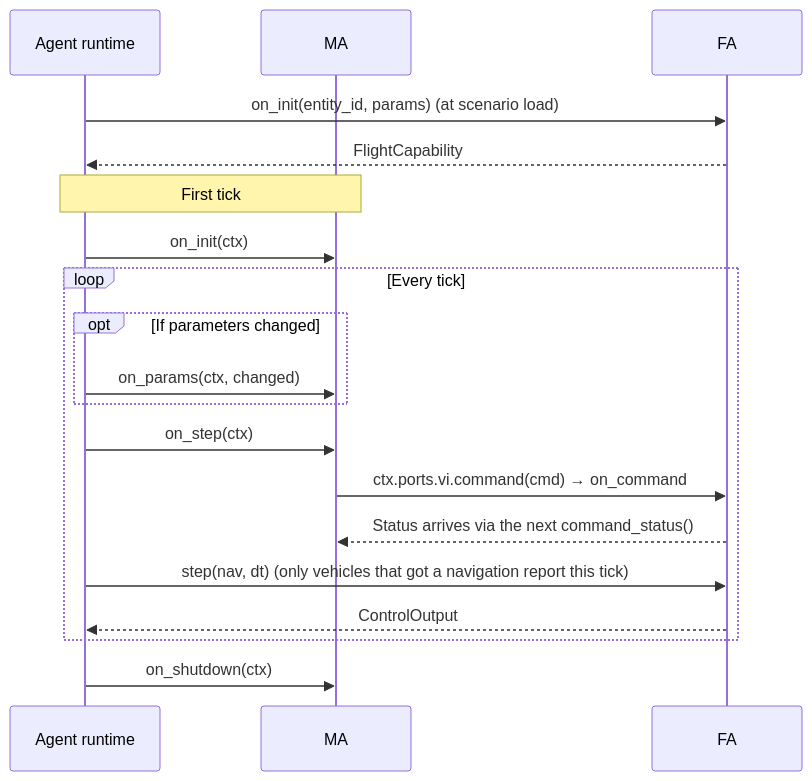
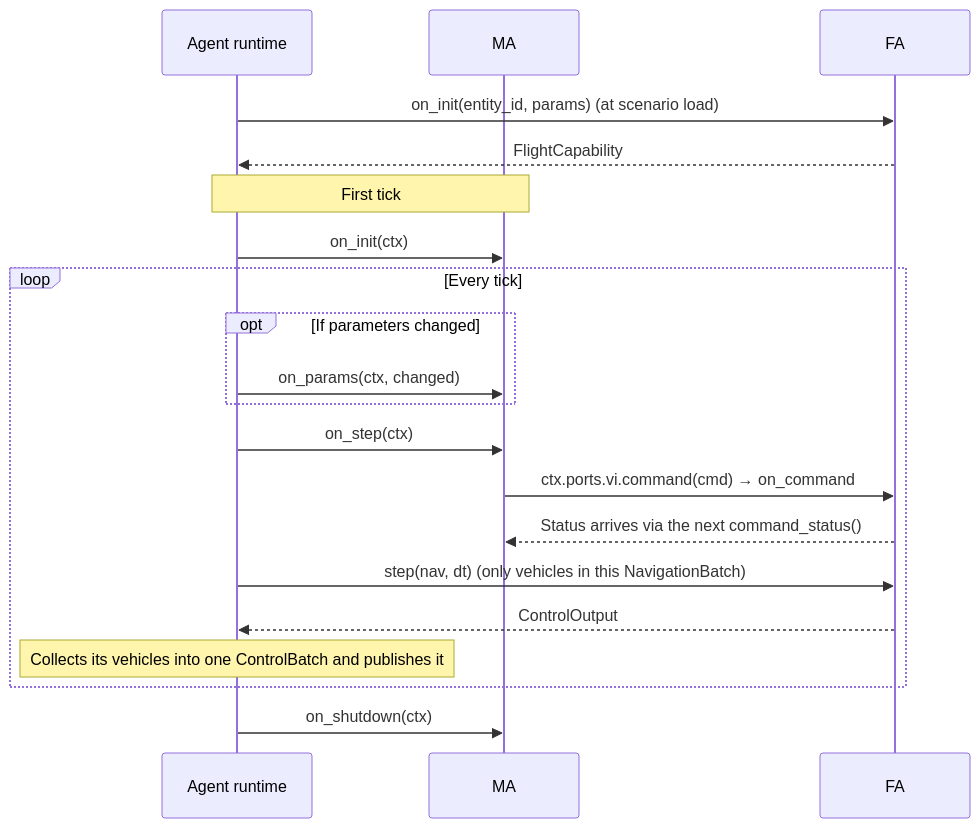
Before and after one commit to Kimbyung-wook/SwarmFlSim: the second of 3 diagrams in docs/en/41_dev/04_ma_plugin.md, drawn with Mermaid. The commit also changed other lines of this file and 34 other files, not shown here.

````diff
--- a/docs/en/41_dev/04_ma_plugin.md
+++ b/docs/en/41_dev/04_ma_plugin.md
@@ -105,21 +105,22 @@
 ```mermaid
 sequenceDiagram
     participant R as Agent runtime
     participant M as MA
     participant F as FA
     R->>F: on_init(entity_id, params) (at scenario load)
     F-->>R: FlightCapability
     Note over R,M: First tick
     R->>M: on_init(ctx)
     loop Every tick
         opt If parameters changed
             R->>M: on_params(ctx, changed)
         end
         R->>M: on_step(ctx)
         M->>F: ctx.ports.vi.command(cmd) → on_command
         F-->>M: Status arrives via the next command_status()
-        R->>F: step(nav, dt) (only vehicles that got a navigation report this tick)
+        R->>F: step(nav, dt) (only vehicles in this NavigationBatch)
         F-->>R: ControlOutput
+        Note over R: Collects its vehicles into one ControlBatch and publishes it
     end
     R->>M: on_shutdown(ctx)
 ```
````
